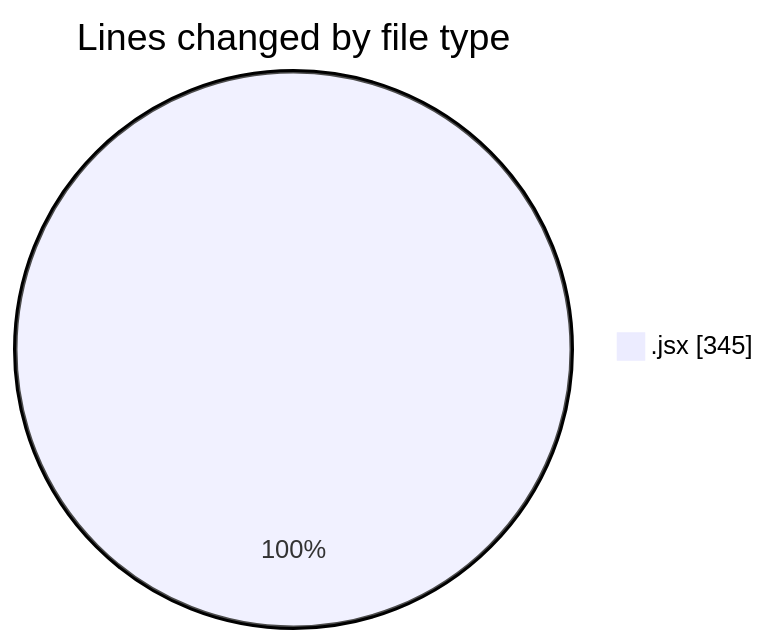
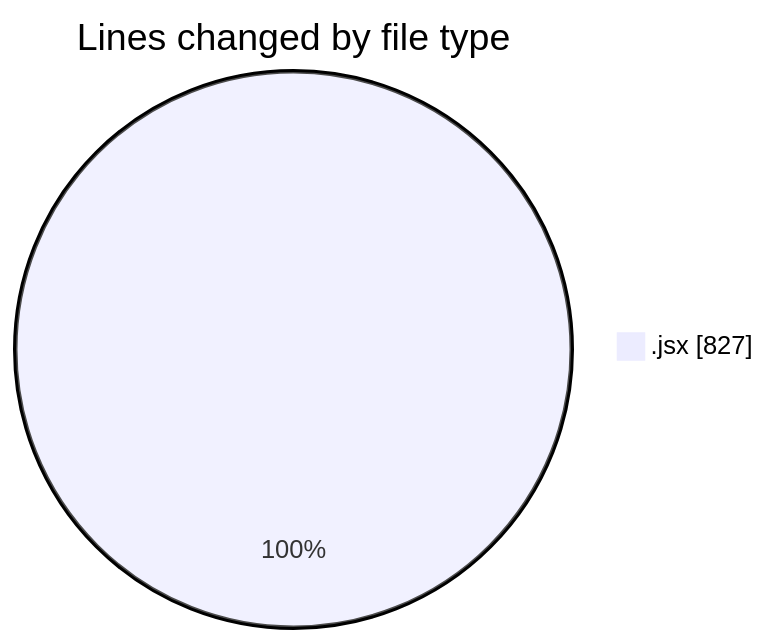
Before and after one commit to nxtqubesakshisongat/code-tracking: the first of 2 diagrams in 2025-11-06/nxtqube_webapp/README.md, drawn with Mermaid. The commit also changed other lines of this file and 1 other file, not shown here.

````diff
--- a/2025-11-06/nxtqube_webapp/README.md
+++ b/2025-11-06/nxtqube_webapp/README.md
@@ -20,5 +21,5 @@
 ```mermaid
 pie showData
 title Lines changed by file type
-".jsx" : 345
+".jsx" : 827
 ```
````
